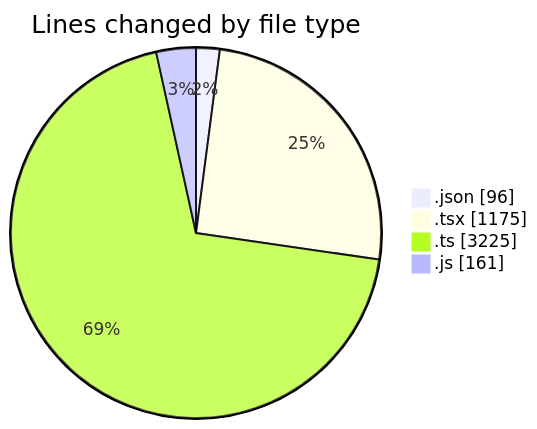
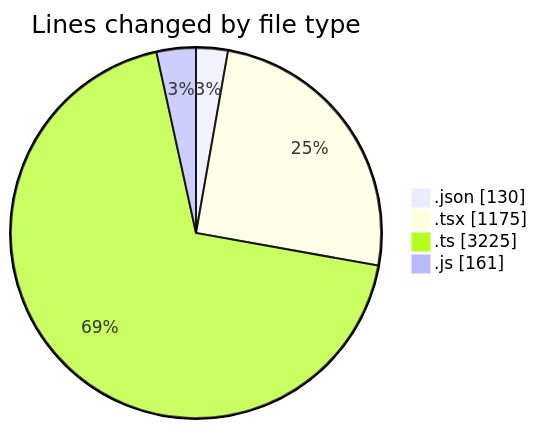
Before and after one commit to momahboobian/code-tracking: the first of 2 diagrams in 2025-07-28/cda/README.md, drawn with Mermaid. The commit also changed other lines of this file and 1 other file, not shown here.

````diff
--- a/2025-07-28/cda/README.md
+++ b/2025-07-28/cda/README.md
@@ -28,8 +28,8 @@
 ```mermaid
 pie showData
 title Lines changed by file type
-".json" : 96
+".json" : 130
 ".tsx" : 1175
 ".ts" : 3225
 ".js" : 161
 ```
````
